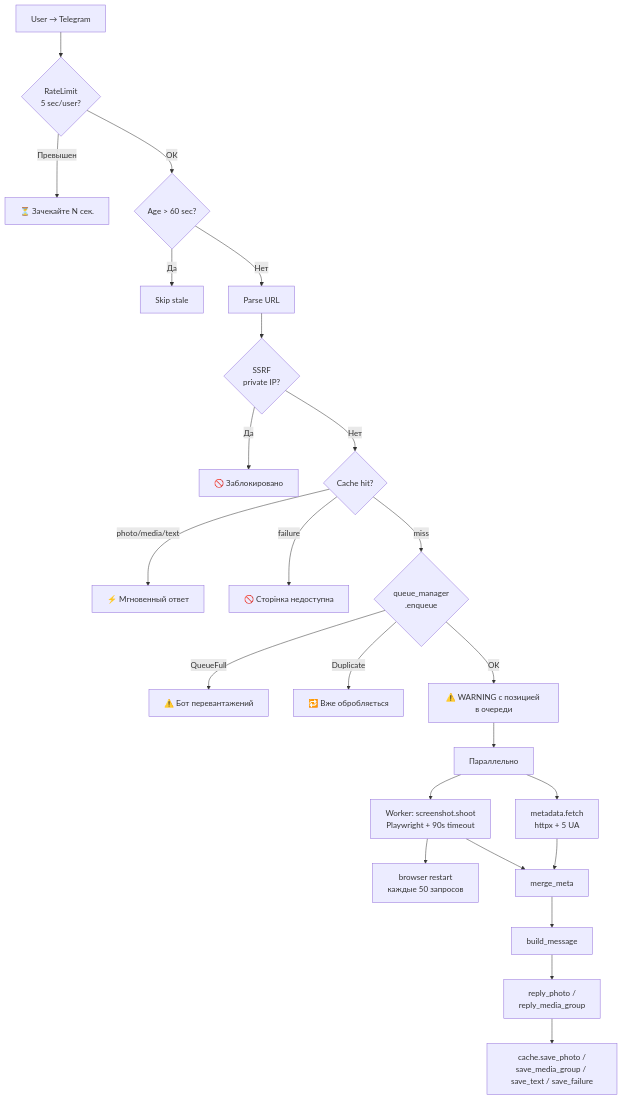
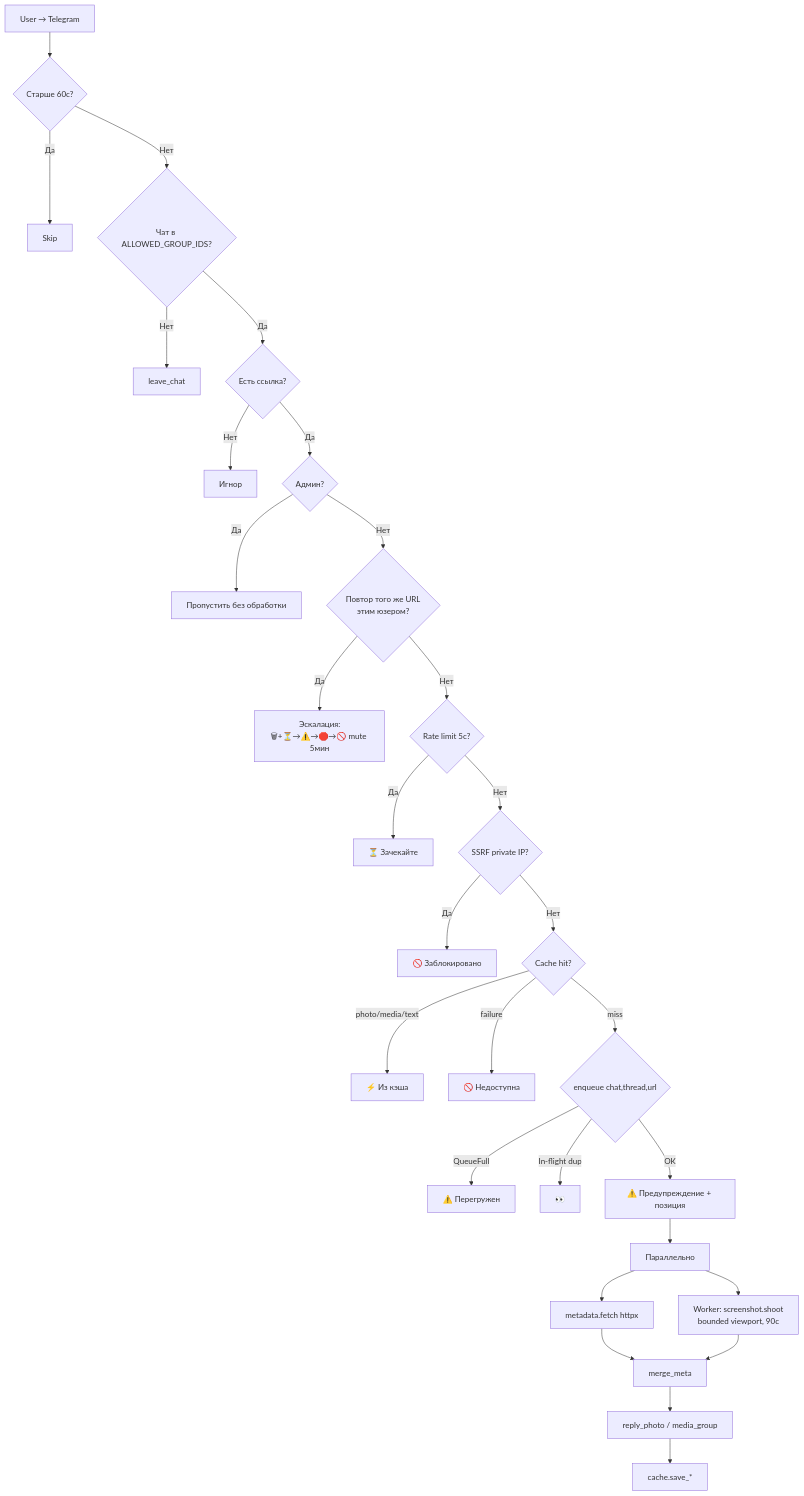
Before and after one commit to Tosik017/tg-screenshot-bot-1: the diagram in README.md, drawn with Mermaid. The commit also changed other lines of this file and 2 other files, not shown here.

Commit message:
docs: TZ v6.0 + README перекомпонованы под текущий стан (bounded capture/OOM-fix, ALLOWED_GROUP_IDS+auto-leave, доверие админам, анти-спам эскалация+реальный mute, дедуп chat/thread/url, реакции, форум-топики); CHAT_SUMMARY до stable-v4

````diff
--- a/README.md
+++ b/README.md
@@ -71,26 +56,31 @@
 ```mermaid
 flowchart TD
-    A[User → Telegram] --> RL{RateLimit<br/>5 sec/user?}
-    RL -->|Превышен| RLM[⏳ Зачекайте N сек.]
-    RL -->|OK| AGE{Age > 60 sec?}
-    AGE -->|Да| SKIP[Skip stale]
-    AGE -->|Нет| URL[Parse URL]
-    URL --> SSRF{SSRF<br/>private IP?}
-    SSRF -->|Да| BLOCK[🚫 Заблокировано]
-    SSRF -->|Нет| CACHE{Cache hit?}
-    CACHE -->|photo/media/text| FAST[⚡ Мгновенный ответ]
-    CACHE -->|failure| NEG[🚫 Сторінка недоступна]
-    CACHE -->|miss| Q{queue_manager<br/>.enqueue}
-    Q -->|QueueFull| OVER[⚠️ Бот перевантажений]
-    Q -->|Duplicate| DUP[🔁 Вже обробляється]
-    Q -->|OK| WARN[⚠️ WARNING с позицией в очереди]
+    A[User → Telegram] --> AGE{Старше 60с?}
+    AGE -->|Да| SKIP[Skip]
+    AGE -->|Нет| BIND{Чат в ALLOWED_GROUP_IDS?}
+    BIND -->|Нет| LEAVE[leave_chat]
+    BIND -->|Да| URLF{Есть ссылка?}
+    URLF -->|Нет| IGN[Игнор]
+    URLF -->|Да| ADM{Админ?}
+    ADM -->|Да| TRUST[Пропустить без обработки]
+    ADM -->|Нет| DUP{Повтор того же URL<br/>этим юзером?}
+    DUP -->|Да| ESC[Эскалация:<br/>🗑+⏳→⚠️→🛑→🚫 mute 5мин]
+    DUP -->|Нет| RL{Rate limit 5с?}
+    RL -->|Да| WAIT[⏳ Зачекайте]
+    RL -->|Нет| SEC{SSRF private IP?}
+    SEC -->|Да| BLK[🚫 Заблокировано]
+    SEC -->|Нет| CACHE{Cache hit?}
+    CACHE -->|photo/media/text| FAST[⚡ Из кэша]
+    CACHE -->|failure| NEG[🚫 Недоступна]
+    CACHE -->|miss| Q{enqueue chat,thread,url}
+    Q -->|QueueFull| OVER[⚠️ Перегружен]
+    Q -->|In-flight dup| EYES[👀]
+    Q -->|OK| WARN[⚠️ Предупреждение + позиция]
     WARN --> PAR[Параллельно]
-    PAR --> M[metadata.fetch<br/>httpx + 5 UA]
-    PAR --> W[Worker: screenshot.shoot<br/>Playwright + 90s timeout]
-    W --> R[browser restart<br/>каждые 50 запросов]
+    PAR --> M[metadata.fetch httpx]
+    PAR --> W[Worker: screenshot.shoot<br/>bounded viewport, 90с]
     M --> MERGE[merge_meta]
     W --> MERGE
-    MERGE --> BUILD[build_message]
-    BUILD --> SEND[reply_photo /<br/>reply_media_group]
-    SEND --> SAVE[cache.save_photo /<br/>save_media_group / save_text / save_failure]
+    MERGE --> SEND[reply_photo / media_group]
+    SEND --> SAVE[cache.save_*]
 ```
````
